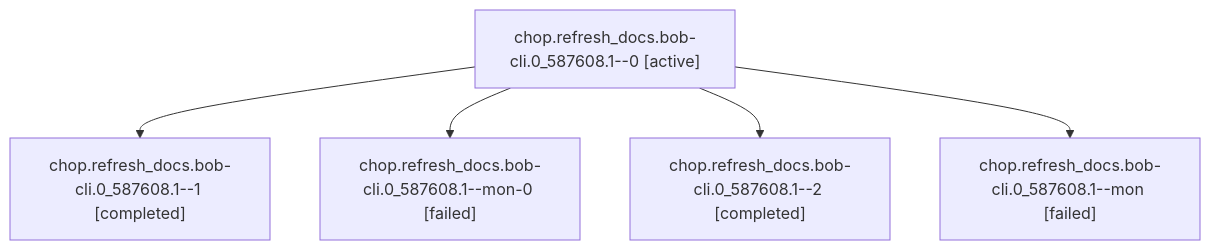
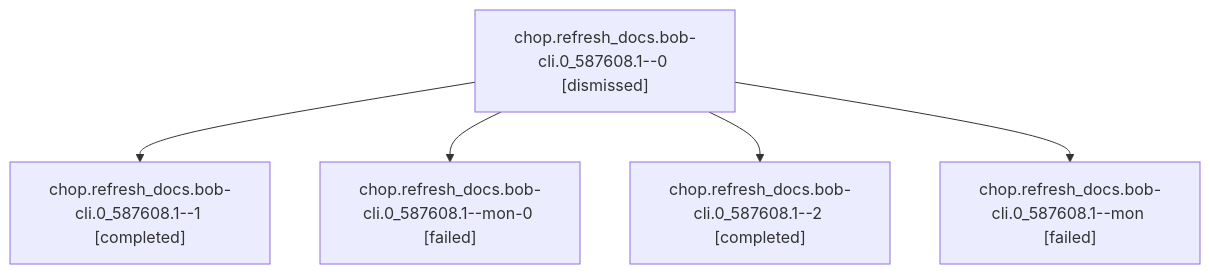
Before and after one commit to bobs-org/bob-cli--agents: the diagram in sessions/bbugyi200.athena.chop.refresh_docs.bob-cli.0_587608.1.md, drawn with Mermaid. The commit also changed other lines of this file and 102 other files, not shown here.

````diff
--- a/sessions/bbugyi200.athena.chop.refresh_docs.bob-cli.0_587608.1.md
+++ b/sessions/bbugyi200.athena.chop.refresh_docs.bob-cli.0_587608.1.md
@@ -9,12 +9,12 @@
 ```mermaid
 flowchart TD
-  n0["chop.refresh_docs.bob-cli.0_587608.1--0 [active]"]
+  n0["chop.refresh_docs.bob-cli.0_587608.1--0 [dismissed]"]
   n1["chop.refresh_docs.bob-cli.0_587608.1--1 [completed]"]
   n0 --> n1
   n2["chop.refresh_docs.bob-cli.0_587608.1--mon-0 [failed]"]
   n0 --> n2
   n3["chop.refresh_docs.bob-cli.0_587608.1--2 [completed]"]
   n0 --> n3
   n4["chop.refresh_docs.bob-cli.0_587608.1--mon [failed]"]
   n0 --> n4
 ```
````
